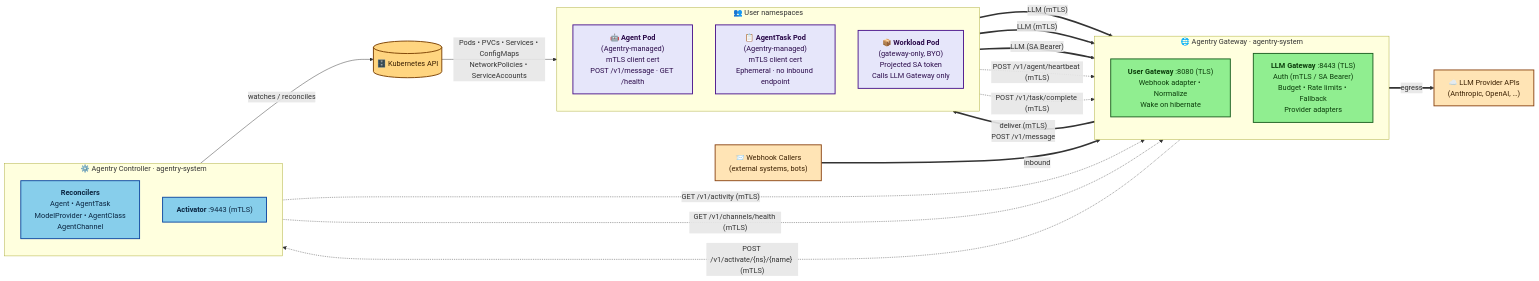
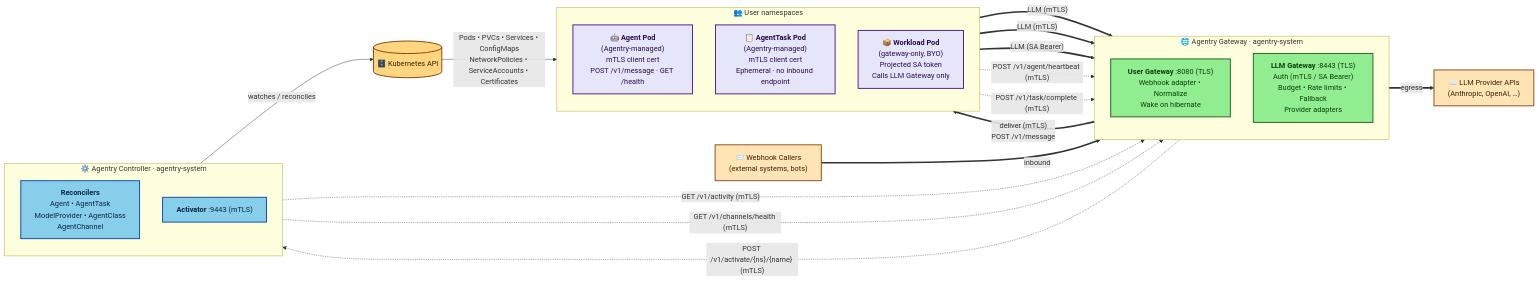
The diagram in docs/ARCHITECTURE.md (win07xp/kaalm), drawn with Mermaid before and after one commit. The commit also changed other lines of this file and 2 other files, not shown here.

Commit message:
Close two design-review findings across the docs

````diff
--- a/docs/ARCHITECTURE.md
+++ b/docs/ARCHITECTURE.md
@@ -26,62 +26,62 @@
 ```mermaid
 flowchart LR
     %% ── Inbound external ─────────────────────────────────
     webhooks["📨 Webhook Callers<br/>(external systems, bots)"]
 
     %% ── Agentry Gateway (agentry-system) ─────────────────
     subgraph gw["🌐 Agentry Gateway · agentry-system"]
         direction TB
         usergw["<b>User Gateway</b> :8080 (TLS)<br/>Webhook adapter • Normalize<br/>Wake on hibernate"]
         llmgw["<b>LLM Gateway</b> :8443 (TLS)<br/>Auth (mTLS / SA Bearer)<br/>Budget • Rate limits • Fallback<br/>Provider adapters"]
     end
 
     %% ── User namespaces (agent + workload pods) ──────────
     subgraph users["👥 User namespaces"]
         direction TB
         agentC["🤖 <b>Agent Pod</b><br/>(Agentry-managed)<br/>mTLS client cert<br/>POST /v1/message · GET /health"]
         agentTaskC["📋 <b>AgentTask Pod</b><br/>(Agentry-managed)<br/>mTLS client cert<br/>Ephemeral · no inbound endpoint"]
         workloadC["📦 <b>Workload Pod</b><br/>(gateway-only, BYO)<br/>Projected SA token<br/>Calls LLM Gateway only"]
     end
 
     %% ── Outbound external ────────────────────────────────
     providers["☁️ LLM Provider APIs<br/>(Anthropic, OpenAI, …)"]
 
     %% ── Controller + apiserver (control plane) ───────────
     subgraph ctrl["⚙️ Agentry Controller · agentry-system"]
         direction TB
         recs["<b>Reconcilers</b><br/>Agent • AgentTask<br/>ModelProvider • AgentClass<br/>AgentChannel"]
         activator["<b>Activator</b> :9443 (mTLS)"]
     end
     apiserver[("🗄️ Kubernetes API")]
 
     %% ── Data plane (thick) ───────────────────────────────
     webhooks == "inbound" ==> usergw
     usergw == "deliver (mTLS)<br/>POST /v1/message" ==> agentC
     agentC & agentTaskC == "LLM (mTLS)" ==> llmgw
     workloadC == "LLM (SA Bearer)" ==> llmgw
     llmgw == "egress" ==> providers
 
     %% ── Lifecycle (thin) ─────────────────────────────────
     ctrl -- "watches / reconciles" --> apiserver
-    apiserver -- "Pods • PVCs • Services • ConfigMaps<br/>NetworkPolicies • ServiceAccounts" --> users
+    apiserver -- "Pods • PVCs • Services • ConfigMaps<br/>NetworkPolicies • ServiceAccounts • Certificates" --> users
 
     %% ── Internal mTLS RPCs (dashed) ──────────────────────
     gw -. "POST /v1/activate/{ns}/{name} (mTLS)" .-> activator
     ctrl -. "GET /v1/activity (mTLS)" .-> llmgw
     ctrl -. "GET /v1/channels/health (mTLS)" .-> llmgw
     agentC -. "POST /v1/agent/heartbeat (mTLS)" .-> llmgw
     agentTaskC -. "POST /v1/task/complete (mTLS)" .-> llmgw
 
     %% ── Styling (high contrast) ──────────────────────────
     classDef extNode fill:#FFE4B5,stroke:#8B4513,stroke-width:2px,color:#3a1f00
     classDef gwNode  fill:#90EE90,stroke:#1B5E20,stroke-width:2px,color:#0b3d0b
     classDef ctlNode fill:#87CEEB,stroke:#0D47A1,stroke-width:2px,color:#0a2540
     classDef podNode fill:#E6E6FA,stroke:#4A148C,stroke-width:2px,color:#2a0a4a
     classDef k8sNode fill:#FFD580,stroke:#7a3f00,stroke-width:2px,color:#3a1f00
 
     class webhooks,providers extNode
     class usergw,llmgw gwNode
     class recs,activator ctlNode
     class agentC,agentTaskC,workloadC podNode
     class apiserver k8sNode
 ```
````
